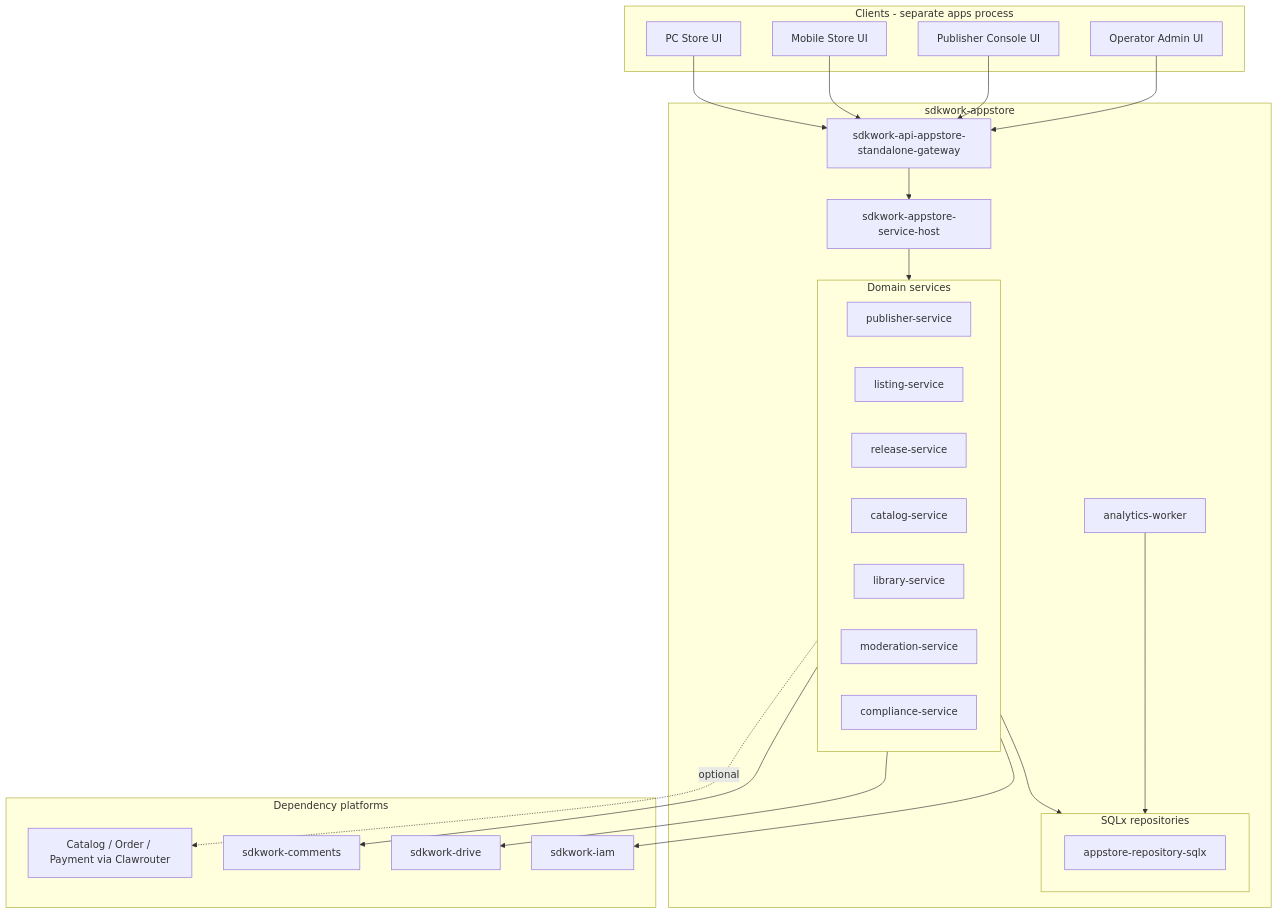
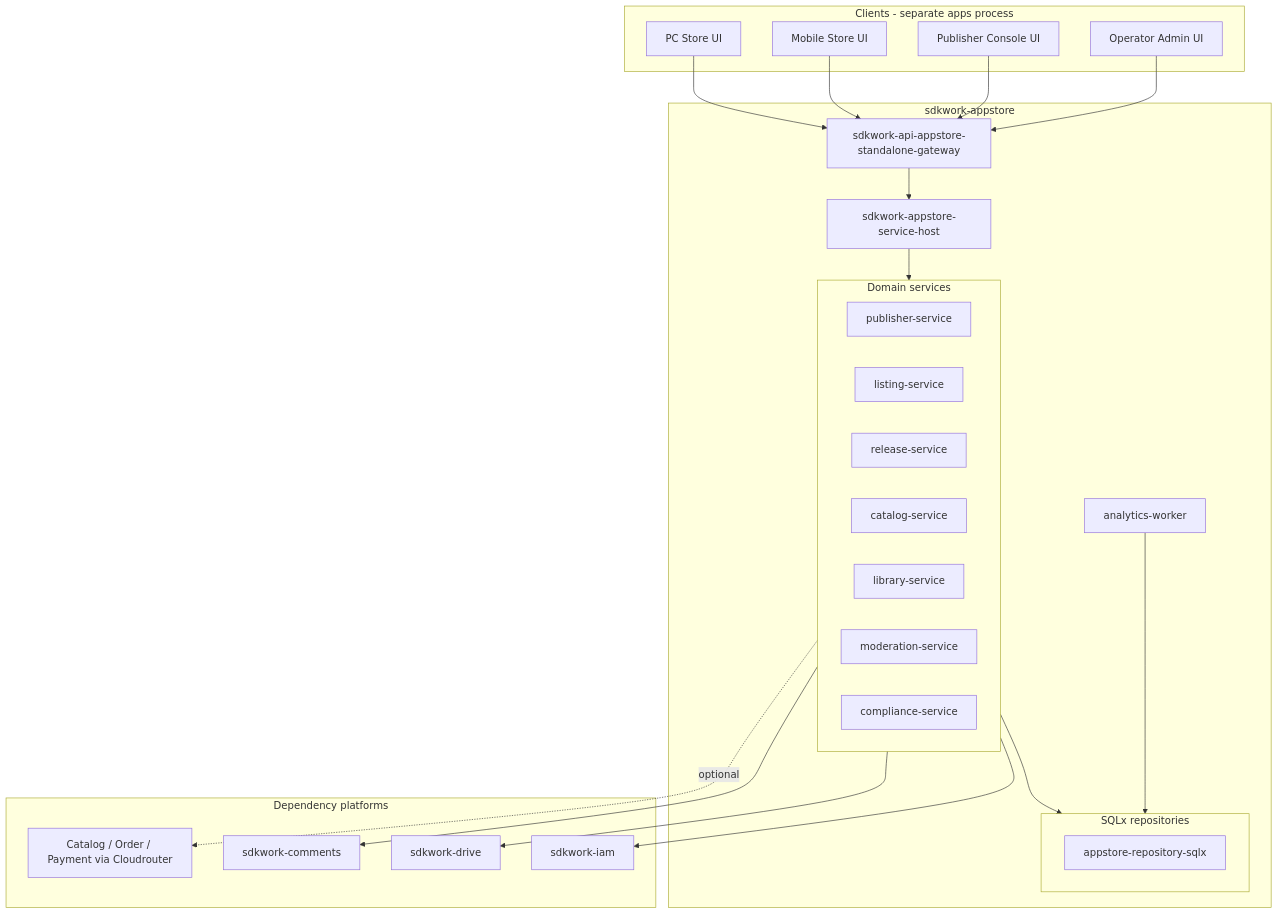
The diagram in docs/architecture/decisions/ADR-20260612-appstore-foundation.md (Sdkwork-Cloud/sdkwork-appstore), drawn with Mermaid before and after one commit. The commit also changed other lines of this file and 35 other files, not shown here.

````diff
--- a/docs/architecture/decisions/ADR-20260612-appstore-foundation.md
+++ b/docs/architecture/decisions/ADR-20260612-appstore-foundation.md
@@ -48,47 +48,47 @@
 ```mermaid
 flowchart TB
   subgraph clients [Clients - separate apps process]
     PC[PC Store UI]
     Mobile[Mobile Store UI]
     Console[Publisher Console UI]
     Admin[Operator Admin UI]
   end
 
   subgraph appstore [sdkwork-appstore]
     GW[sdkwork-api-appstore-standalone-gateway]
     SH[sdkwork-appstore-service-host]
     subgraph services [Domain services]
       PS[publisher-service]
       LS[listing-service]
       RS[release-service]
       CS[catalog-service]
       LIB[library-service]
       MS[moderation-service]
       CPS[compliance-service]
     end
     subgraph repos [SQLx repositories]
       R1[appstore-repository-sqlx]
     end
     AW[analytics-worker]
   end
 
   subgraph deps [Dependency platforms]
     IAM[sdkwork-iam]
     DRV[sdkwork-drive]
     CMT[sdkwork-comments]
-    CMRC[Catalog / Order / Payment via Clawrouter]
+    CMRC[Catalog / Order / Payment via Cloudrouter]
   end
 
   PC --> GW
   Mobile --> GW
   Console --> GW
   Admin --> GW
   GW --> SH
   SH --> services
   services --> repos
   AW --> repos
   services --> IAM
   services --> DRV
   services --> CMT
   services -. optional .-> CMRC
 ```
````
